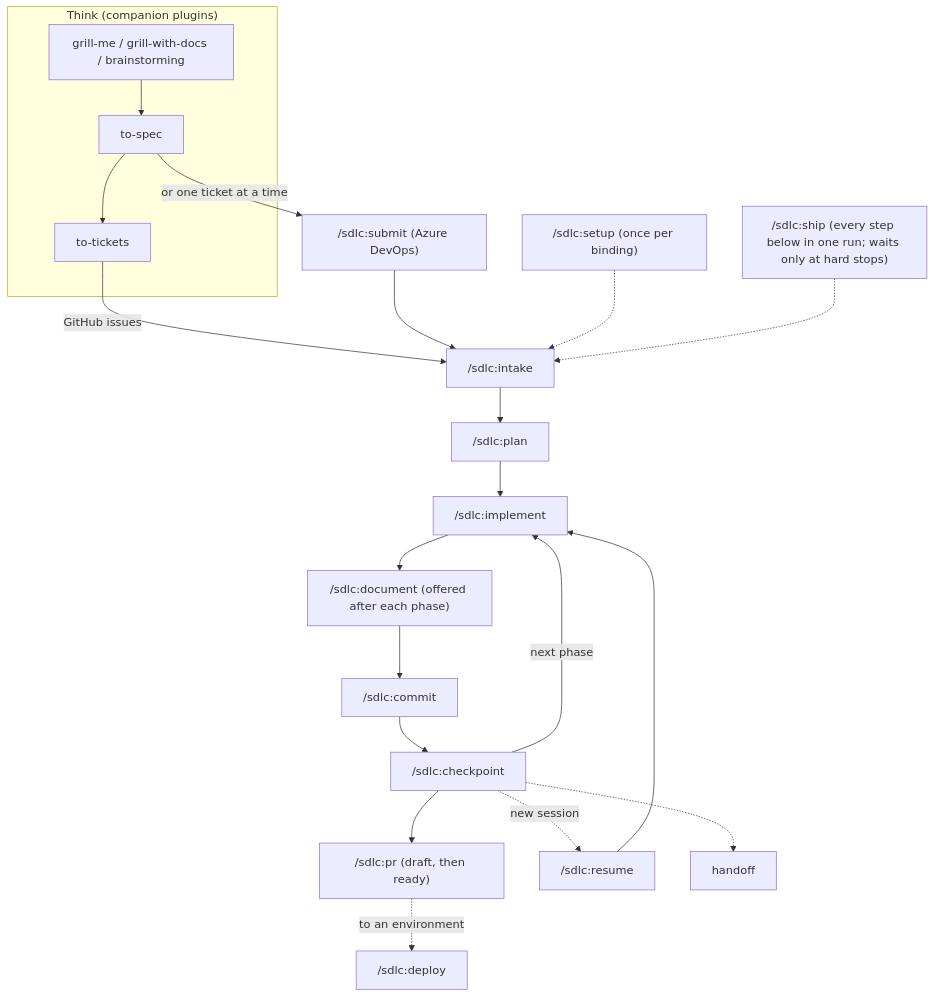
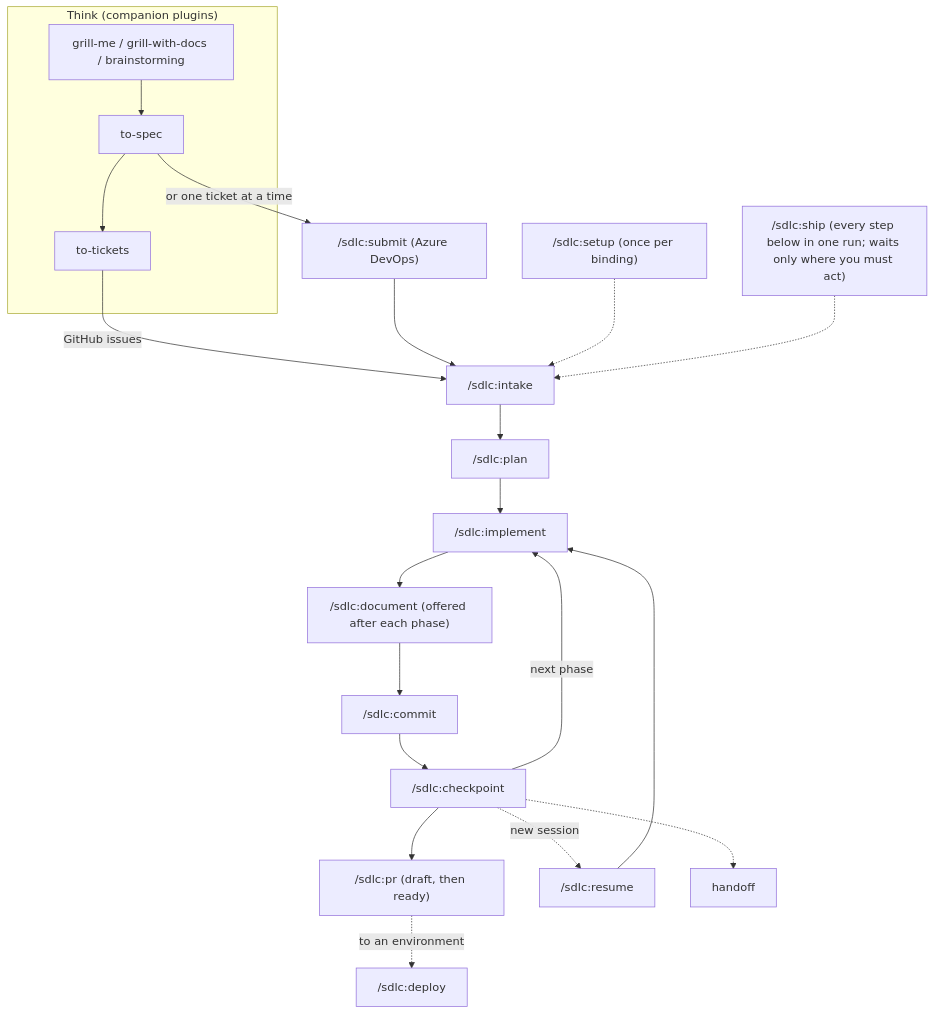
The diagram in sdlc/README.md (AlexCR97/.claude), drawn with Mermaid before and after one commit. The commit also changed other lines of this file and 17 other files, not shown here.

````diff
--- a/sdlc/README.md
+++ b/sdlc/README.md
@@ -28,23 +28,23 @@
 ```mermaid
 flowchart TD
     subgraph Plan["Think (companion plugins)"]
         G["grill-me / grill-with-docs / brainstorming"] --> S["to-spec"]
         S --> T["to-tickets"]
     end
     T -->|"GitHub issues"| I
     S -->|"or one ticket at a time"| SUB["/sdlc:submit (Azure DevOps)"]
     SUB --> I
     SETUP["/sdlc:setup (once per binding)"] -.-> I
-    SHIP["/sdlc:ship (every step below in one run; waits only at hard stops)"] -.-> I
+    SHIP["/sdlc:ship (every step below in one run; waits only where you must act)"] -.-> I
     I["/sdlc:intake"] --> P["/sdlc:plan"]
     P --> M["/sdlc:implement"]
     M --> D["/sdlc:document (offered after each phase)"]
     D --> CM["/sdlc:commit"]
     CM --> C["/sdlc:checkpoint"]
     C -->|"next phase"| M
     C --> PR["/sdlc:pr (draft, then ready)"]
     PR -.->|"to an environment"| DEP["/sdlc:deploy"]
     C -.->|"new session"| R["/sdlc:resume"]
     R --> M
     C -.-> H["handoff"]
 ```
````
